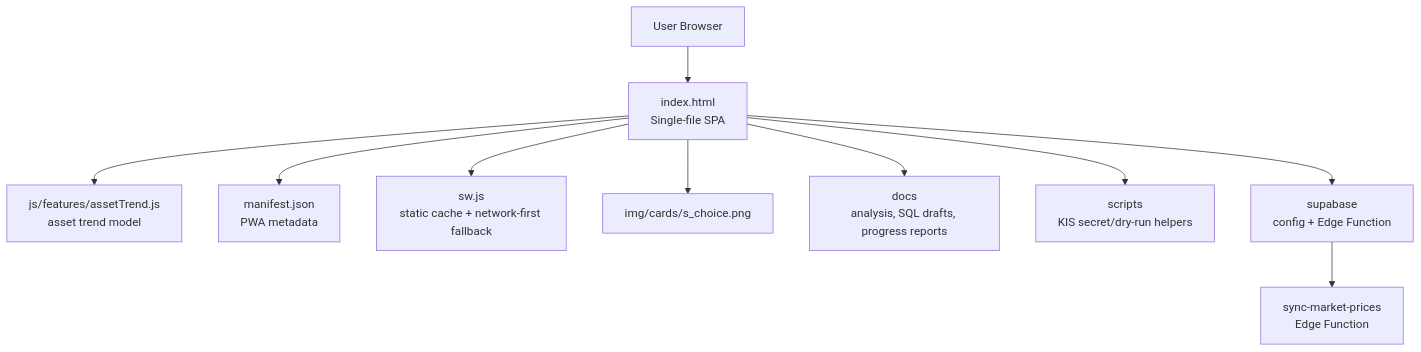
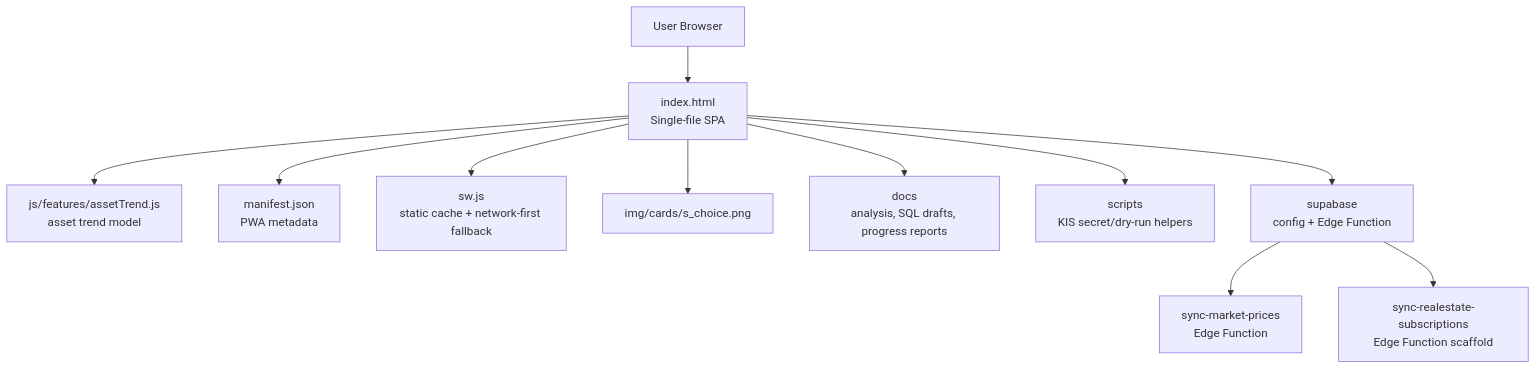
The first of 15 diagrams in docs/02-design/current-architecture-map.md (ksg0694-ops/NetVisualizer), drawn with Mermaid before and after one commit. The commit also changed other lines of this file and 9 other files, not shown here.

Commit message:
Add real estate subscription sync scaffold

````diff
--- a/docs/02-design/current-architecture-map.md
+++ b/docs/02-design/current-architecture-map.md
@@ -14,14 +14,15 @@
 ```mermaid
 flowchart TD
     User["User Browser"] --> App["index.html\nSingle-file SPA"]
     App --> AssetTrendModule["js/features/assetTrend.js\nasset trend model"]
     App --> Manifest["manifest.json\nPWA metadata"]
     App --> SW["sw.js\nstatic cache + network-first fallback"]
     App --> CardImage["img/cards/s_choice.png"]
 
     App --> Docs["docs\nanalysis, SQL drafts, progress reports"]
     App --> Scripts["scripts\nKIS secret/dry-run helpers"]
     App --> SupabaseDir["supabase\nconfig + Edge Function"]
 
     SupabaseDir --> PriceFn["sync-market-prices\nEdge Function"]
+    SupabaseDir --> RealEstateFn["sync-realestate-subscriptions\nEdge Function scaffold"]
 ```
````
